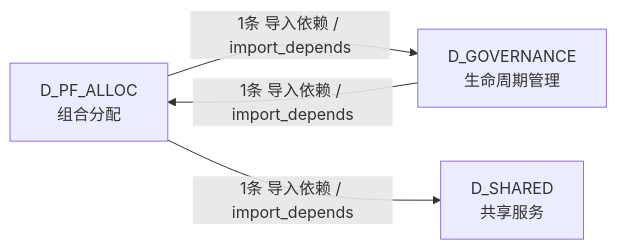
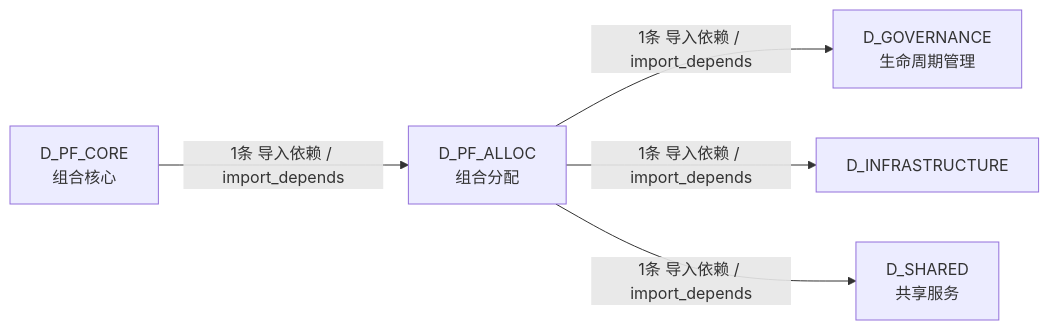
The fifth of 5 diagrams in docs/02_enterprise_architecture/02_domain_architecture_docs/49_d_pf_alloc.md (xuanFelixVan/ZephyrAlpha), drawn with Mermaid before and after one commit. The commit also changed other lines of this file and 112 other files, not shown here.

````diff
--- a/docs/02_enterprise_architecture/02_domain_architecture_docs/49_d_pf_alloc.md
+++ b/docs/02_enterprise_architecture/02_domain_architecture_docs/49_d_pf_alloc.md
@@ -178,9 +185,12 @@
 ```mermaid
 graph LR
     D_PF_ALLOC["D_PF_ALLOC<br/>组合分配"]
     D_GOVERNANCE["D_GOVERNANCE<br/>生命周期管理"]
+    D_INFRASTRUCTURE["D_INFRASTRUCTURE"]
     D_SHARED["D_SHARED<br/>共享服务"]
+    D_PF_CORE["D_PF_CORE<br/>组合核心"]
     D_PF_ALLOC -->|1条 导入依赖 / import_depends| D_GOVERNANCE
+    D_PF_ALLOC -->|1条 导入依赖 / import_depends| D_INFRASTRUCTURE
     D_PF_ALLOC -->|1条 导入依赖 / import_depends| D_SHARED
-    D_GOVERNANCE -->|1条 导入依赖 / import_depends| D_PF_ALLOC
+    D_PF_CORE -->|1条 导入依赖 / import_depends| D_PF_ALLOC
 ```
````
